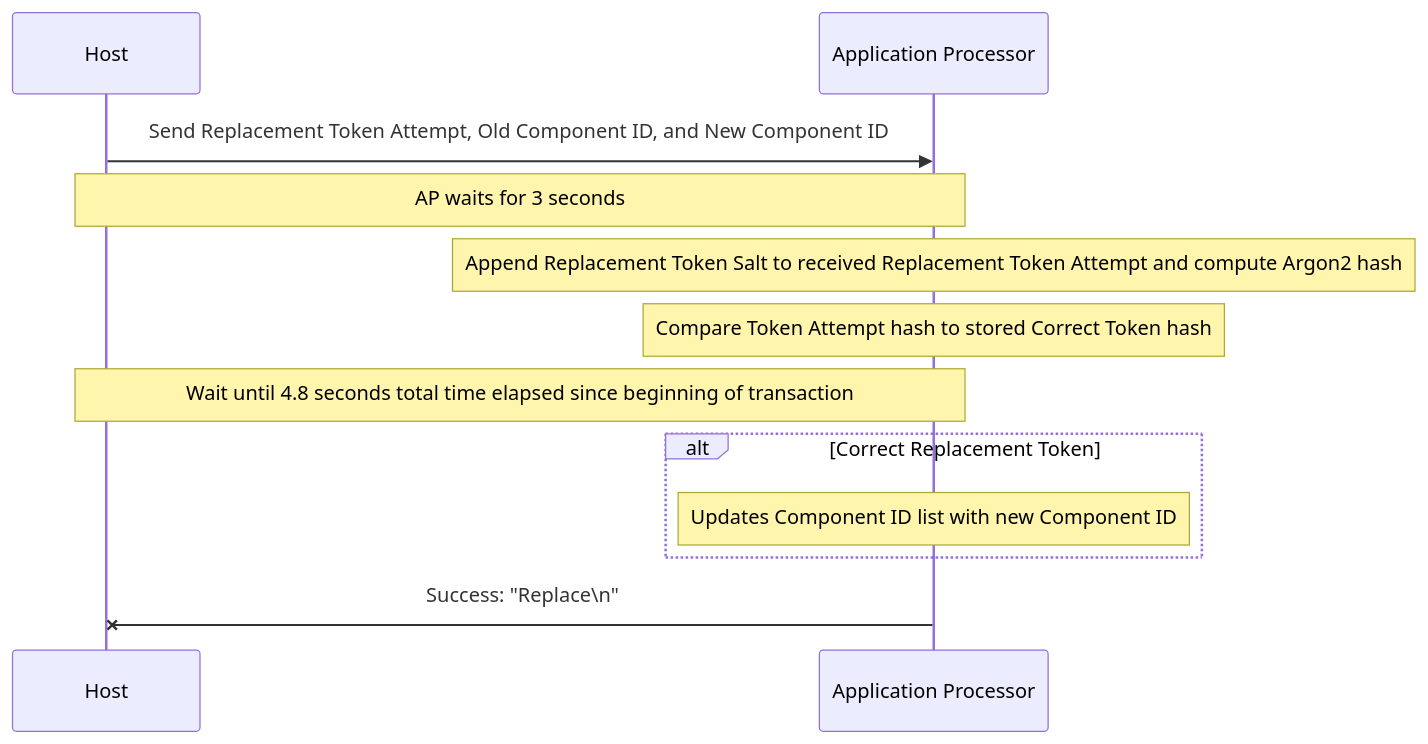
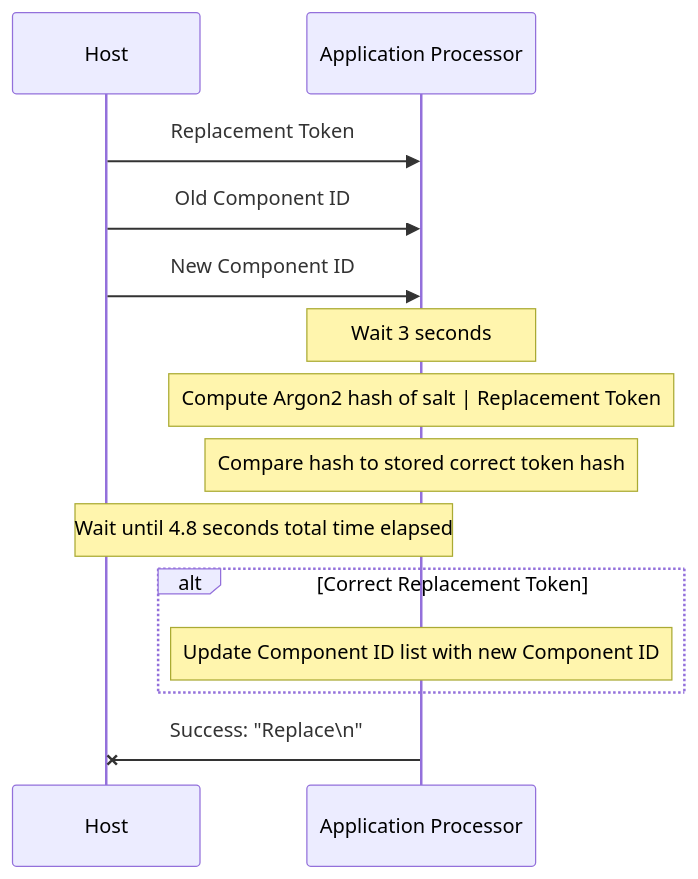
One commit to sigpwny/2024-ectf-uiuc changed the third of 4 diagrams in docs/misc_protocol.md. Above: the diagram before and after it, drawn with Mermaid.

````diff
--- a/docs/misc_protocol.md
+++ b/docs/misc_protocol.md
@@ -133,15 +133,17 @@
 ```mermaid
 sequenceDiagram
   participant H as Host
   participant AP as Application Processor
-  H ->> AP: Send Replacement Token Attempt, Old Component ID, and New Component ID
-  Note over H, AP: AP waits for 3 seconds
-  Note over AP: Append Replacement Token Salt to received Replacement Token Attempt and compute Argon2 hash
-  Note over AP: Compare Token Attempt hash to stored Correct Token hash
-  Note over H, AP: Wait until 4.8 seconds total time elapsed since beginning of transaction
+  H ->> AP: Replacement Token
+  H ->> AP: Old Component ID
+  H ->> AP: New Component ID
+  Note over AP: Wait 3 seconds
+  Note over AP: Compute Argon2 hash of salt | Replacement Token
+  Note over AP: Compare hash to stored correct token hash
+  Note over H, AP: Wait until 4.8 seconds total time elapsed
   alt Correct Replacement Token
-     Note over AP: Updates Component ID list with new Component ID
+     Note over AP: Update Component ID list with new Component ID
   end
   AP -x H: Success: "Replace\n"
 
 ```
````
